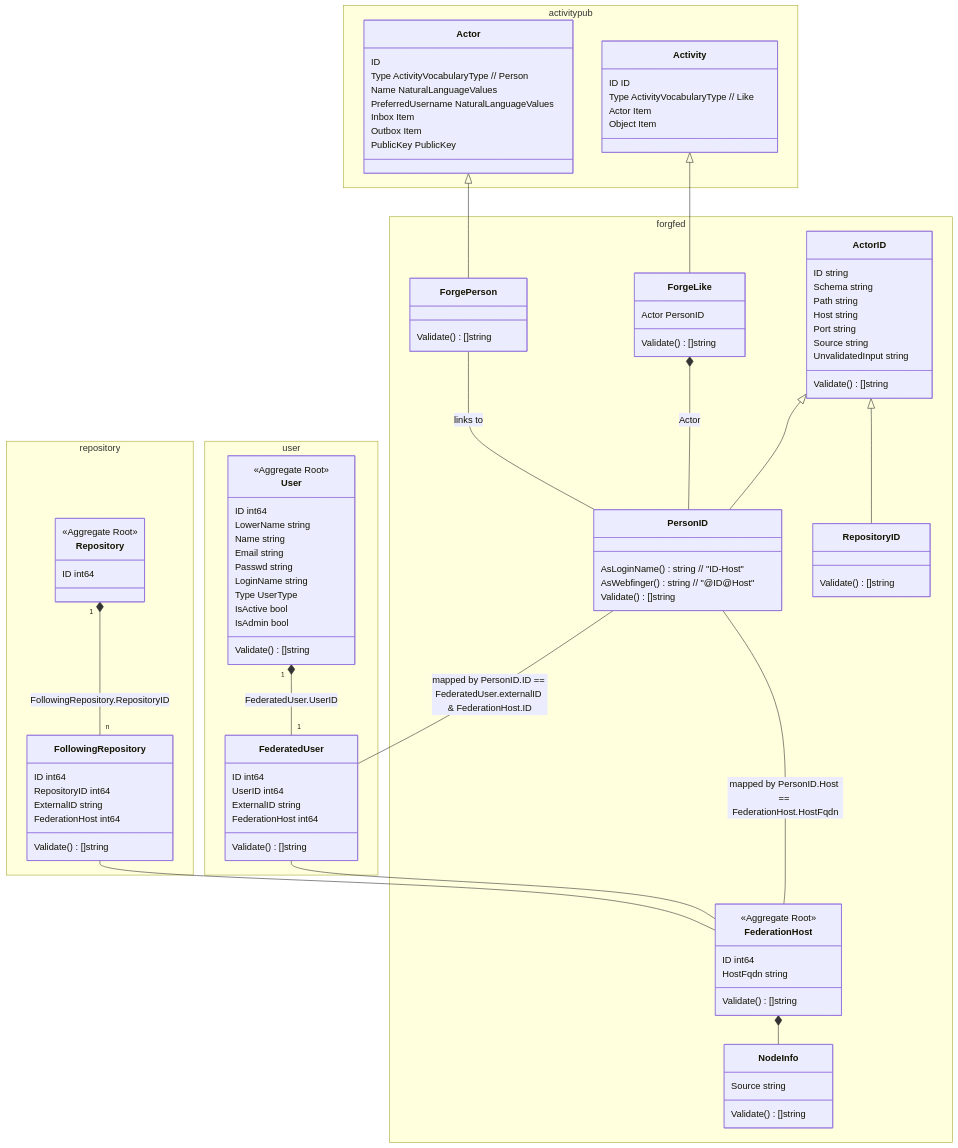
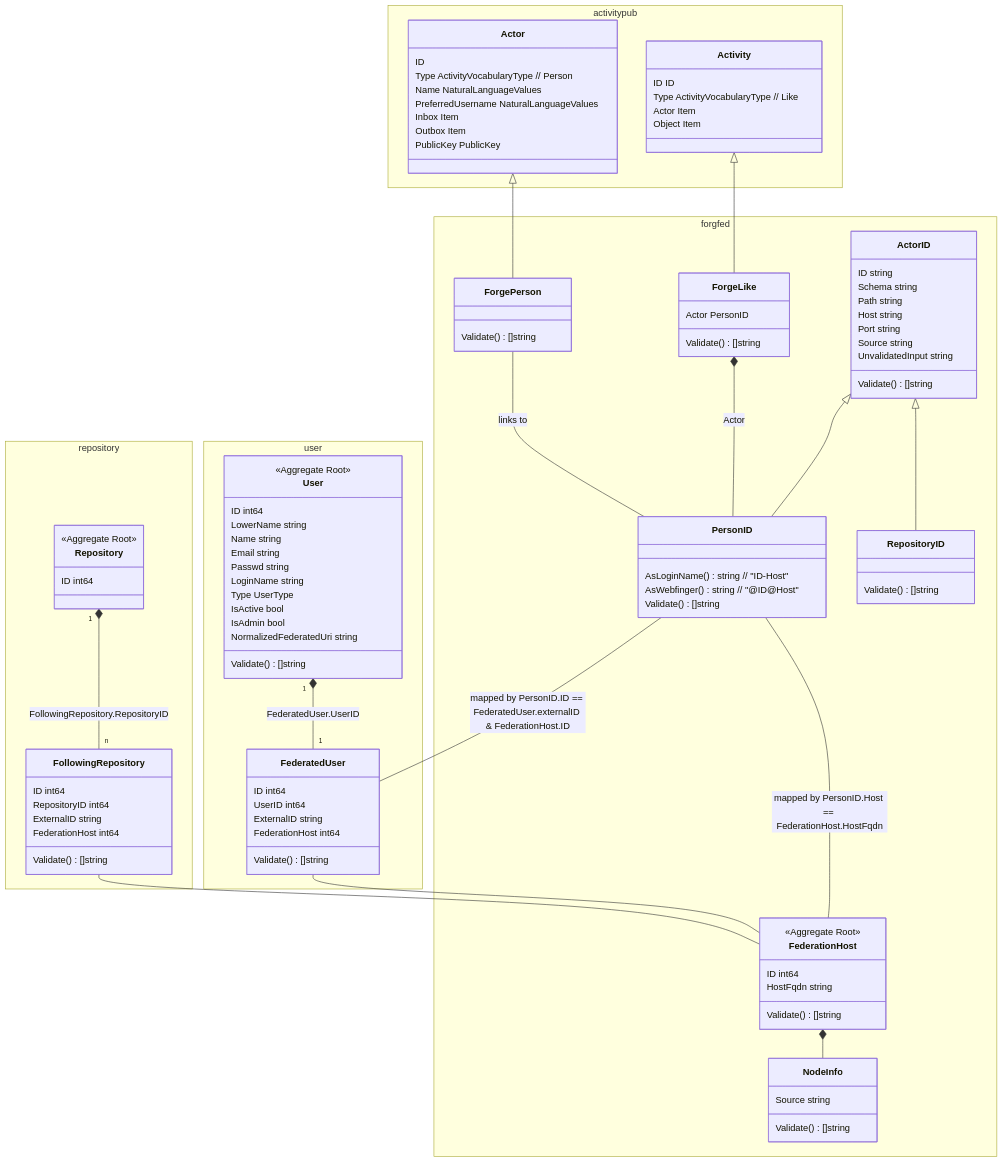
One commit to yonasBSD/forgejo changed the diagram in docs/unsure-where-to-put/federation-architecture.md. Above: the diagram before and after it, drawn with Mermaid.

Commit message:
start add NormalizedFederatedUri to user

```diff
--- a/docs/unsure-where-to-put/federation-architecture.md
+++ b/docs/unsure-where-to-put/federation-architecture.md
@@ -81,16 +81,17 @@
   namespace user {
     class User {
       <<Aggregate Root>>
-      ID        int64
-      LowerName string
-      Name      string
-      Email     string
-      Passwd    string
-      LoginName   string
-      Type        UserType
-      IsActive bool
-      IsAdmin bool
-      Validate() []string
+      ID                     int64
+      LowerName              string
+      Name                   string
+      Email                  string
+      Passwd                 string
+      LoginName              string
+      Type                   UserType
+      IsActive               bool
+      IsAdmin                bool
+      NormalizedFederatedUri string
+      Validate()             []string
     }
 
     class FederatedUser {
```
